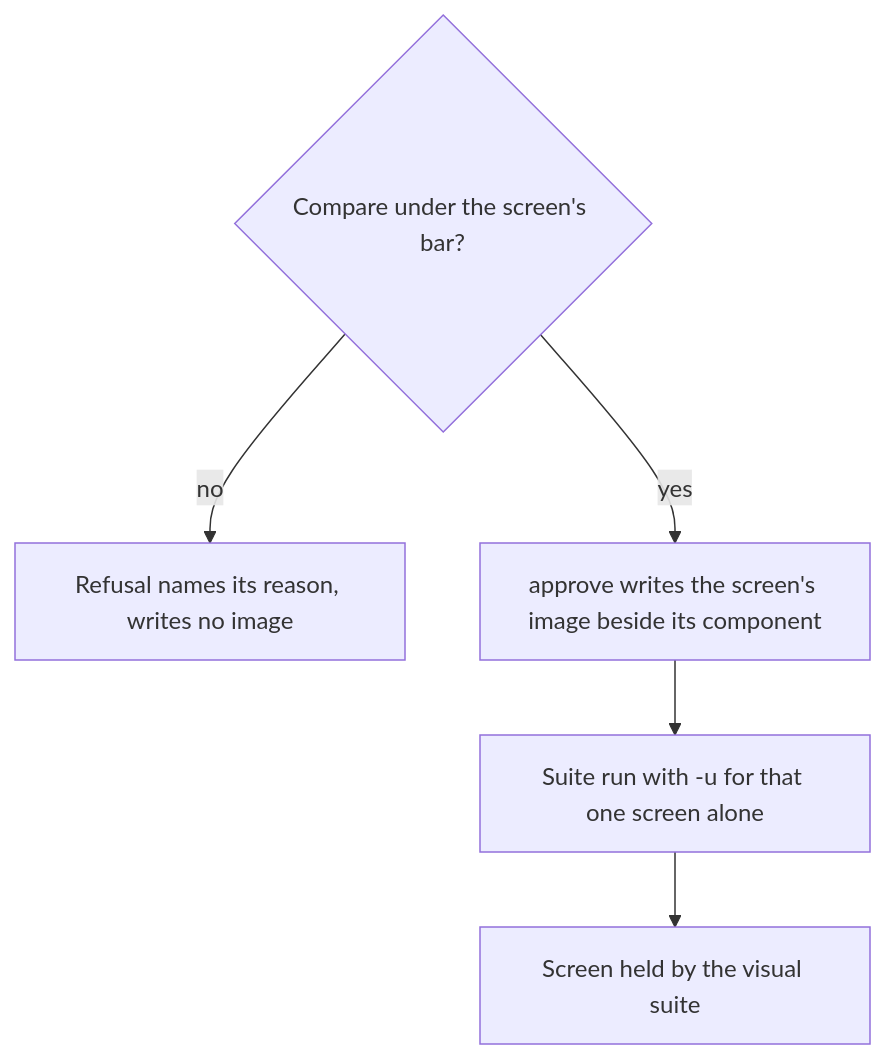
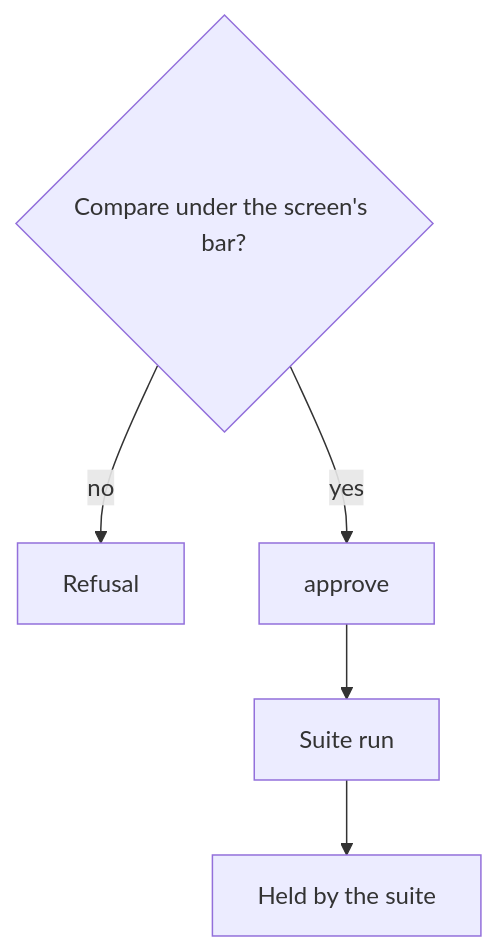
One commit to Esposter/Esposter changed the diagram in openspec/specs/genshin/parity/visual-suite/design.md. Above: the diagram before and after it, drawn with Mermaid. The commit also changed 11 other files, not shown here.

````diff
--- a/openspec/specs/genshin/parity/visual-suite/design.md
+++ b/openspec/specs/genshin/parity/visual-suite/design.md
@@ -11,7 +11,7 @@
 ```mermaid
 flowchart TD
-  CMP{"Compare under the screen's bar?"} -->|no| REF["Refusal names its reason, writes no image"]
-  CMP -->|yes| IMG["approve writes the screen's image beside its component"]
-  IMG --> SUITE["Suite run with -u for that one screen alone"]
-  SUITE --> HELD["Screen held by the visual suite"]
+  CMP{"Compare under the screen's bar?"} -->|no| REF["Refusal"]
+  CMP -->|yes| IMG["approve"]
+  IMG --> SUITE["Suite run"]
+  SUITE --> HELD["Held by the suite"]
 ```
````
